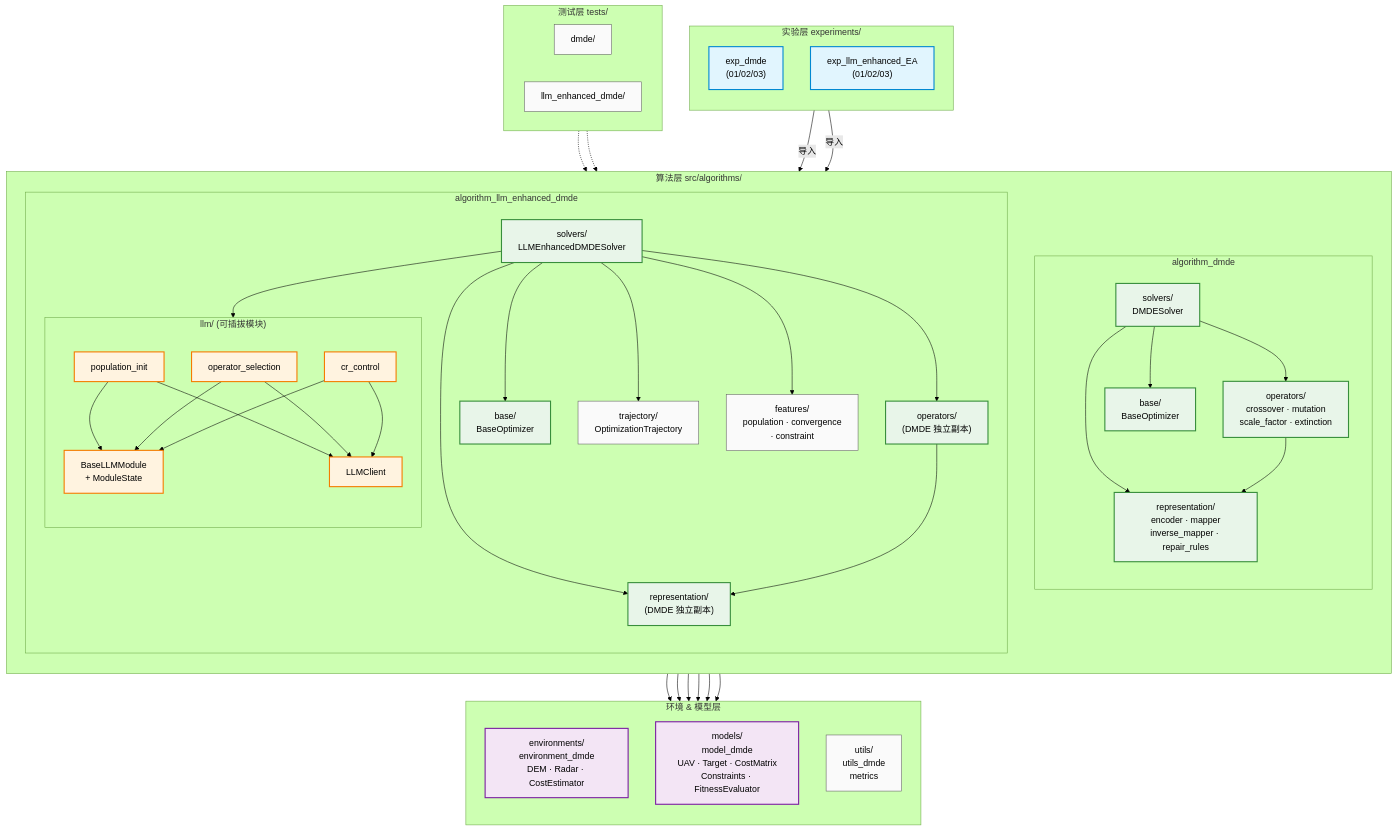
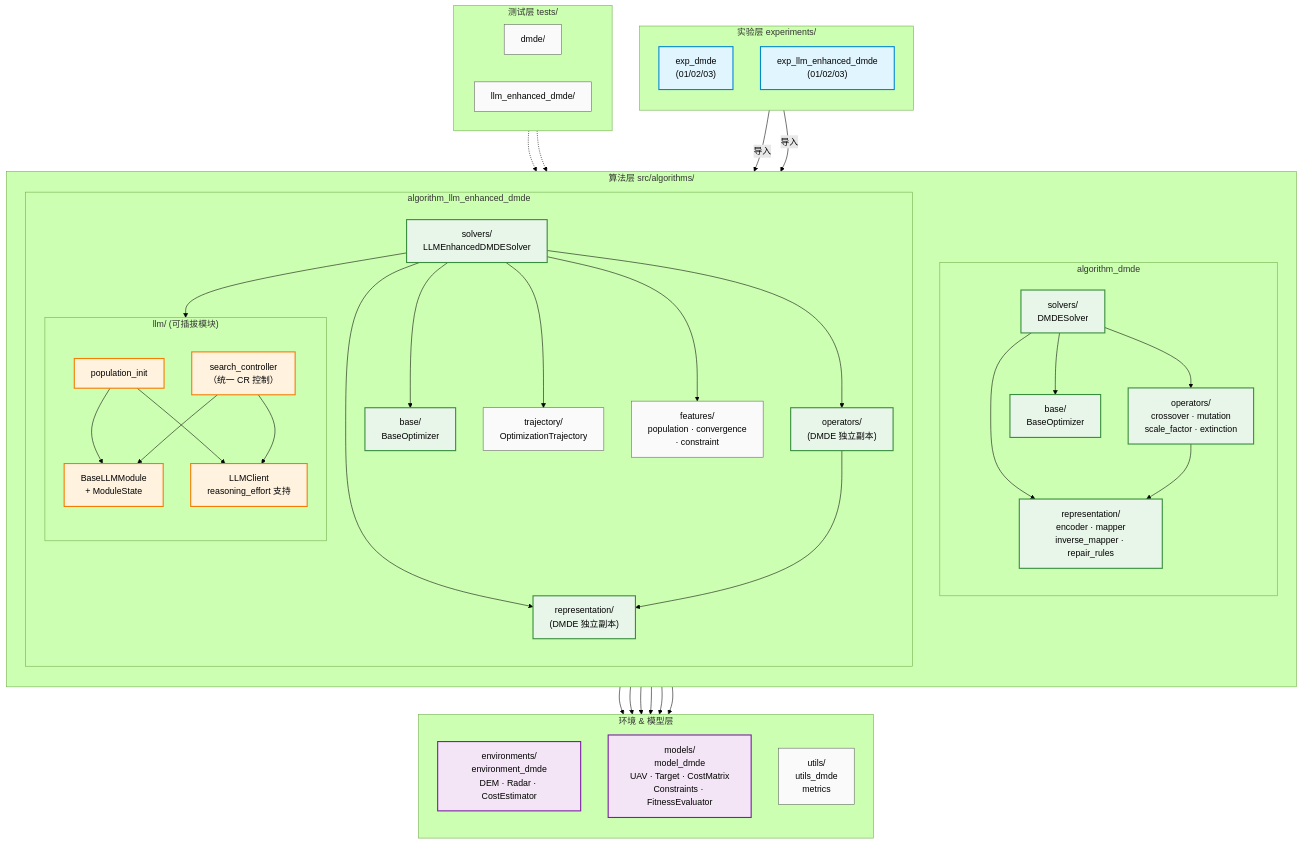
The second of 2 diagrams in README.md (909347194/Experiments-For-Dissertation), drawn with Mermaid (forest theme) before and after one commit. The commit also changed other lines of this file and 1 other file, not shown here.

Commit message:
chore: reasoning_effort改none + 更新根目录README

```diff
--- a/README.md
+++ b/README.md
@@ -92,7 +103,7 @@
     subgraph Experiments ["实验层 experiments/"]
         direction TB
         E1["exp_dmde<br/>(01/02/03)"]:::exp
-        E2["exp_llm_enhanced_EA<br/>(01/02/03)"]:::exp
+        E2["exp_llm_enhanced_dmde<br/>(01/02/03)"]:::exp
     end
 
     subgraph Algorithms ["算法层 src/algorithms/"]
@@ -113,10 +124,9 @@
             subgraph LLM_Layer ["llm/ (可插拔模块)"]
                 direction TB
                 LLM_base["BaseLLMModule<br/>+ ModuleState"]:::llm
-                LLM_client["LLMClient"]:::llm
+                LLM_client["LLMClient<br/>reasoning_effort 支持"]:::llm
                 LLM_pop["population_init"]:::llm
-                LLM_op["operator_selection"]:::llm
-                LLM_cr["cr_control"]:::llm
+                LLM_sc["search_controller<br/>（统一 CR 控制）"]:::llm
             end
 
             LLM_traj["trajectory/<br/>OptimizationTrajectory"]:::infra
@@ -161,11 +171,9 @@
 
     %% LLM 模块 → LLM 客户端
     LLM_pop --> LLM_client
-    LLM_op --> LLM_client
-    LLM_cr --> LLM_client
+    LLM_sc --> LLM_client
     LLM_pop --> LLM_base
-    LLM_op --> LLM_base
-    LLM_cr --> LLM_base
+    LLM_sc --> LLM_base
 
     %% 两个算法模块 → 共享环境/模型层
     D_solver --> ENV
```
